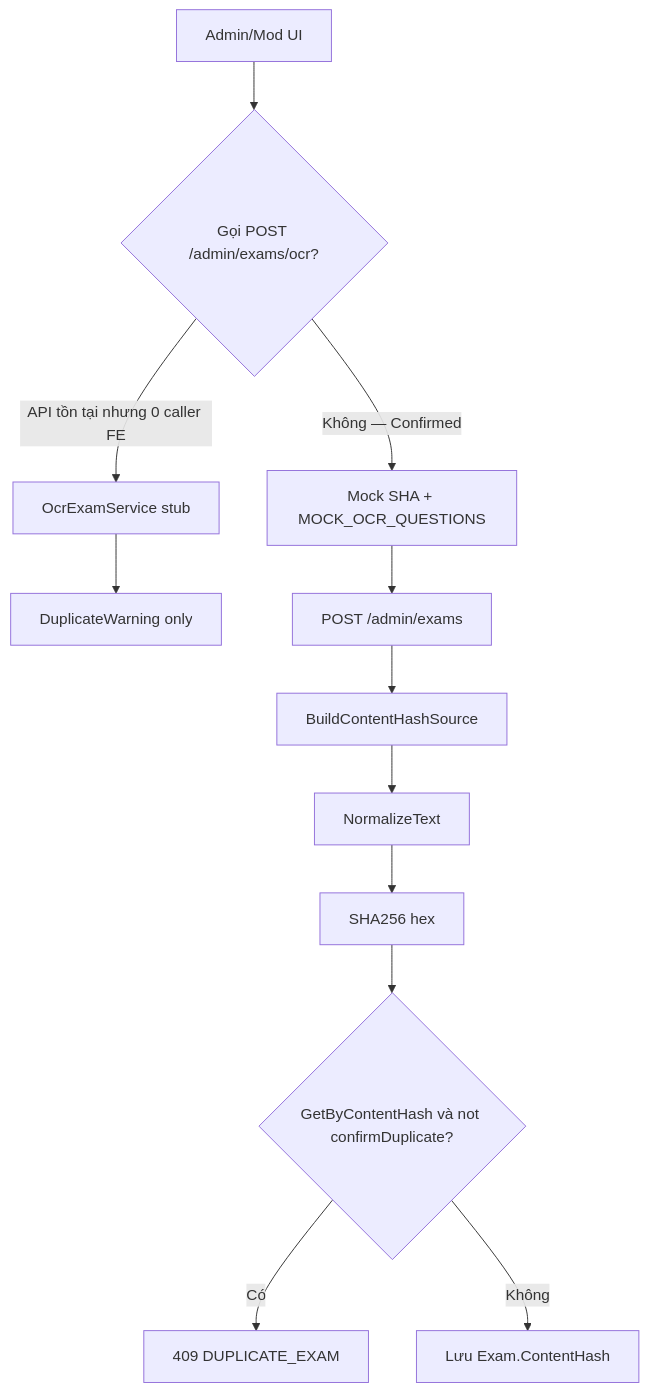
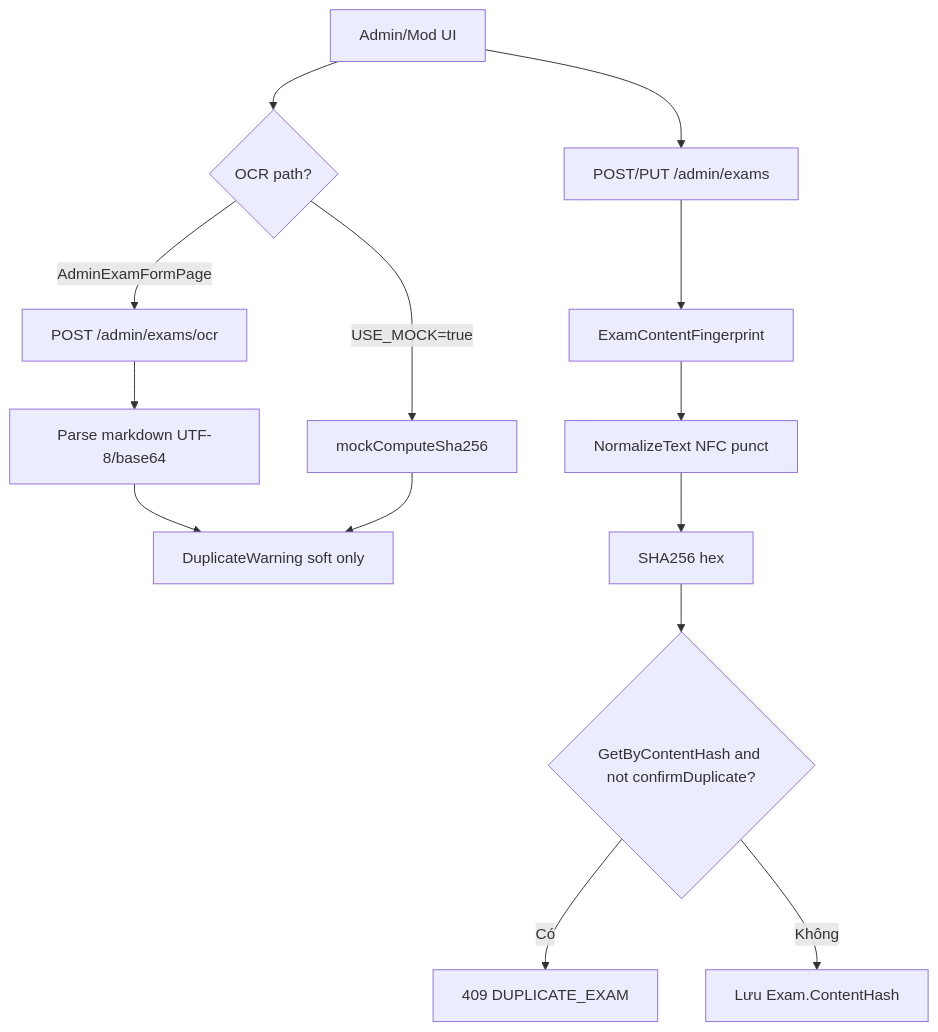
The diagram in be/tests/OCR_HASH_ANALYSIS.md (TAnhpika/SEHUB), drawn with Mermaid before and after one commit. The commit also changed other lines of this file and 26 other files, not shown here.

````diff
--- a/be/tests/OCR_HASH_ANALYSIS.md
+++ b/be/tests/OCR_HASH_ANALYSIS.md
@@ -11,14 +15,16 @@
 ```mermaid
 flowchart TD
-  UI[Admin/Mod UI] --> FE{Gọi POST /admin/exams/ocr?}
-  FE -->|Không — Confirmed| Mock[Mock SHA + MOCK_OCR_QUESTIONS]
-  FE -->|API tồn tại nhưng 0 caller FE| Stub[OcrExamService stub]
-  Stub --> Soft[DuplicateWarning only]
-  Mock --> Create[POST /admin/exams]
-  Create --> Src[BuildContentHashSource]
-  Src --> Norm[NormalizeText]
+  UI[Admin/Mod UI] --> OCRPath{OCR path?}
+  OCRPath -->|AdminExamFormPage| OcrApi[POST /admin/exams/ocr]
+  OCRPath -->|USE_MOCK=true| Mock[mockComputeSha256]
+  OcrApi --> Parse[Parse markdown UTF-8/base64]
+  Parse --> Soft[DuplicateWarning soft only]
+  Mock --> Soft
+  UI --> Save[POST/PUT /admin/exams]
+  Save --> FP[ExamContentFingerprint]
+  FP --> Norm[NormalizeText NFC punct]
   Norm --> Sha[SHA256 hex]
-  Sha --> Check{GetByContentHash và not confirmDuplicate?}
+  Sha --> Check{GetByContentHash and not confirmDuplicate?}
   Check -->|Có| E409[409 DUPLICATE_EXAM]
-  Check -->|Không| Save[Lưu Exam.ContentHash]
+  Check -->|Không| Store[Lưu Exam.ContentHash]
 ```
````
